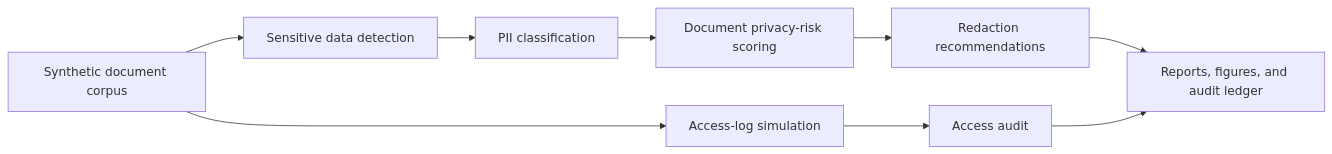
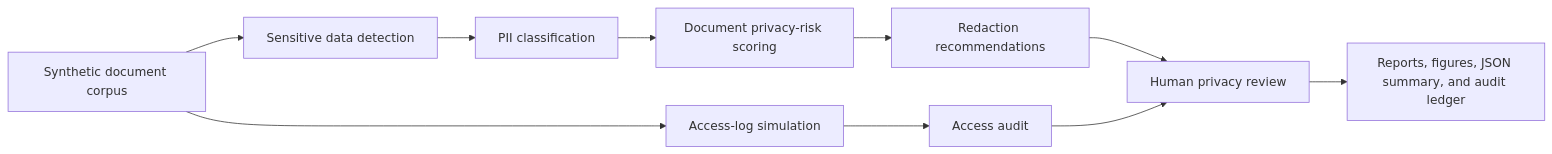
Before and after one commit to Hirakhyzer/personal-data-privacy-risk-scanner: the diagram in README.md, drawn with Mermaid. The commit also changed other lines of this file, not shown here.

````diff
--- a/README.md
+++ b/README.md
@@ -35,11 +52,12 @@
 ```mermaid
 flowchart LR
   A[Synthetic document corpus] --> B[Sensitive data detection]
   B --> C[PII classification]
   C --> D[Document privacy-risk scoring]
   D --> E[Redaction recommendations]
   A --> F[Access-log simulation]
   F --> G[Access audit]
-  E --> H[Reports, figures, and audit ledger]
+  E --> H[Human privacy review]
   G --> H
+  H --> I[Reports, figures, JSON summary, and audit ledger]
 ```
````
